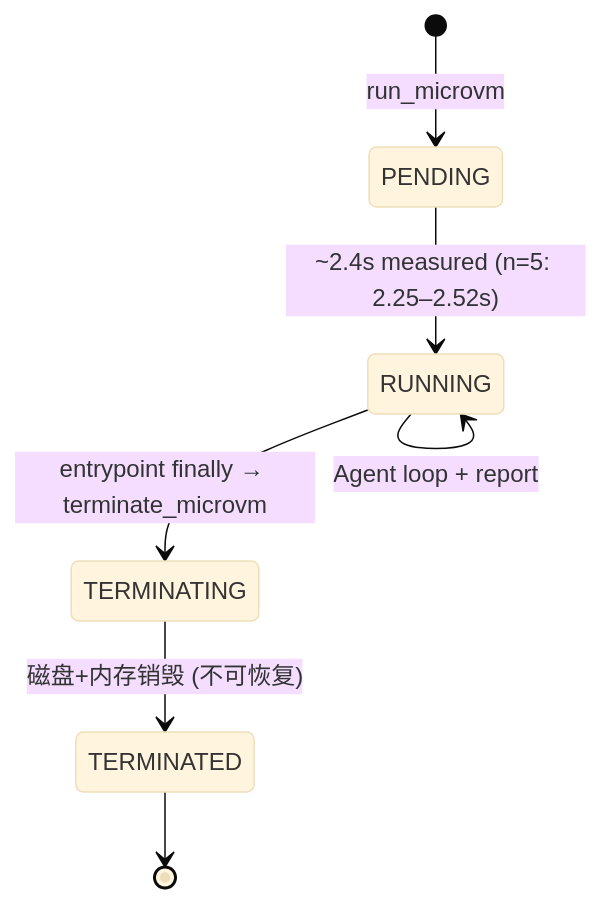
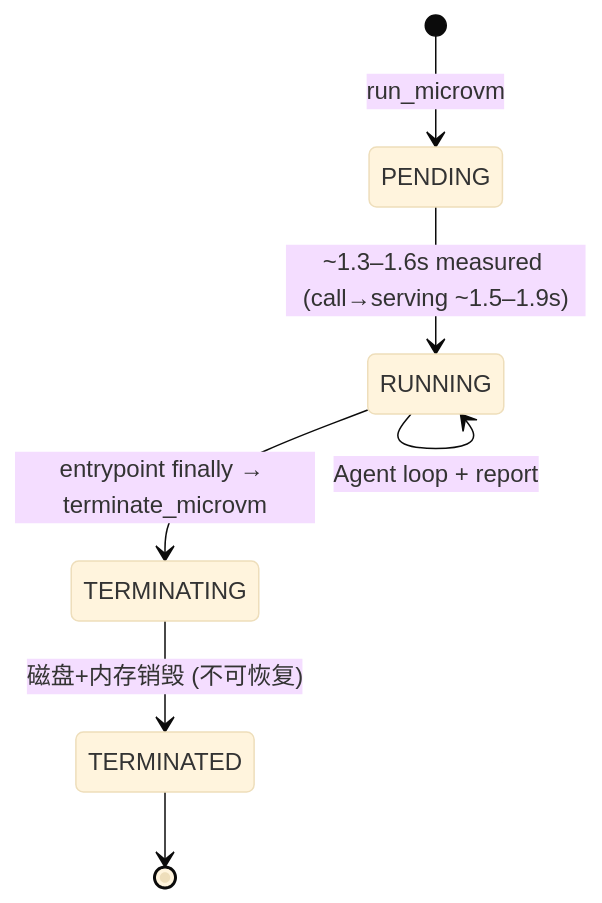
One commit to jansony1/agentcore-runtime-data-persistence-demo changed the third of 3 diagrams in DESIGN_V5.md. Above: the diagram before and after it, drawn with Mermaid (base theme). The commit also changed other lines of this file and 1 other file, not shown here.

````diff
--- a/DESIGN_V5.md
+++ b/DESIGN_V5.md
@@ -163,9 +165,9 @@
 ```mermaid
 stateDiagram-v2
     [*] --> PENDING: run_microvm
-    PENDING --> RUNNING: ~2.4s measured (n=5: 2.25–2.52s)
+    PENDING --> RUNNING: ~1.3–1.6s measured (call→serving ~1.5–1.9s)
     RUNNING --> RUNNING: Agent loop + report
     RUNNING --> TERMINATING: entrypoint finally → terminate_microvm
     TERMINATING --> TERMINATED: 磁盘+内存销毁 (不可恢复)
     TERMINATED --> [*]
 ```
````
